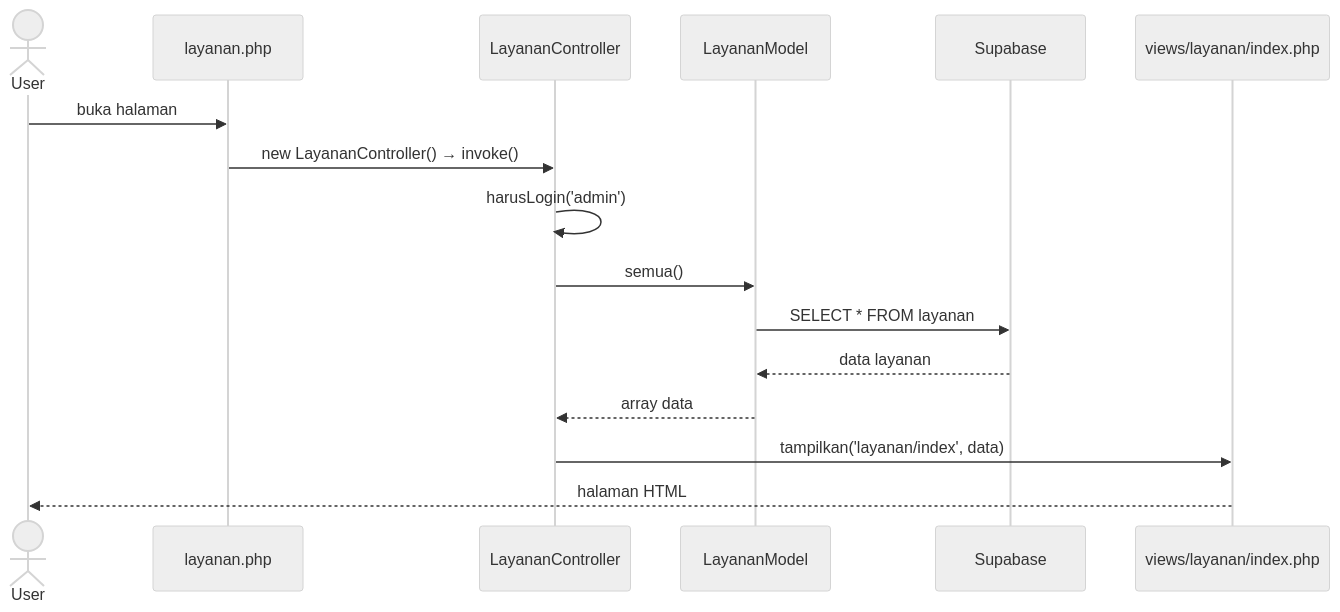
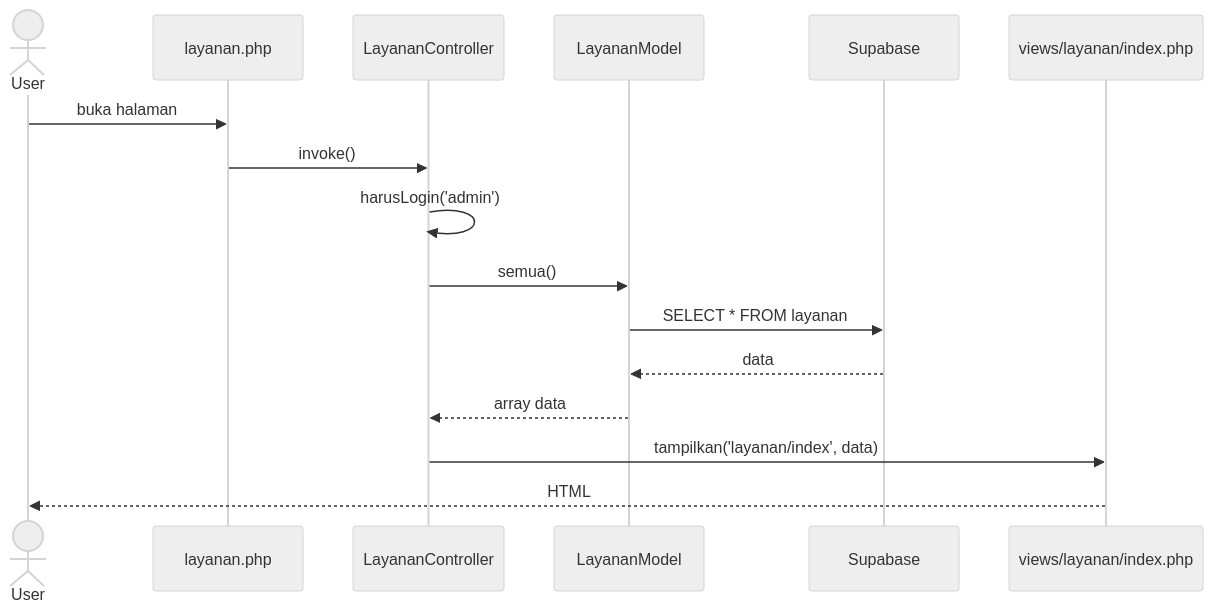
Before and after one commit to aqillanauval/Golaundry-FIXX: the first of 3 diagrams in README.md, drawn with Mermaid (neutral theme). The commit also changed other lines of this file and 55 other files, not shown here.

````diff
--- a/README.md
+++ b/README.md
@@ -108,19 +102,19 @@
 ```mermaid
 sequenceDiagram
     actor U as User
     participant P as layanan.php
     participant C as LayananController
     participant M as LayananModel
     participant DB as Supabase
     participant V as views/layanan/index.php
 
     U->>P: buka halaman
-    P->>C: new LayananController() → invoke()
+    P->>C: invoke()
     C->>C: harusLogin('admin')
     C->>M: semua()
     M->>DB: SELECT * FROM layanan
-    DB-->>M: data layanan
+    DB-->>M: data
     M-->>C: array data
     C->>V: tampilkan('layanan/index', data)
-    V-->>U: halaman HTML
+    V-->>U: HTML
 ```
````
